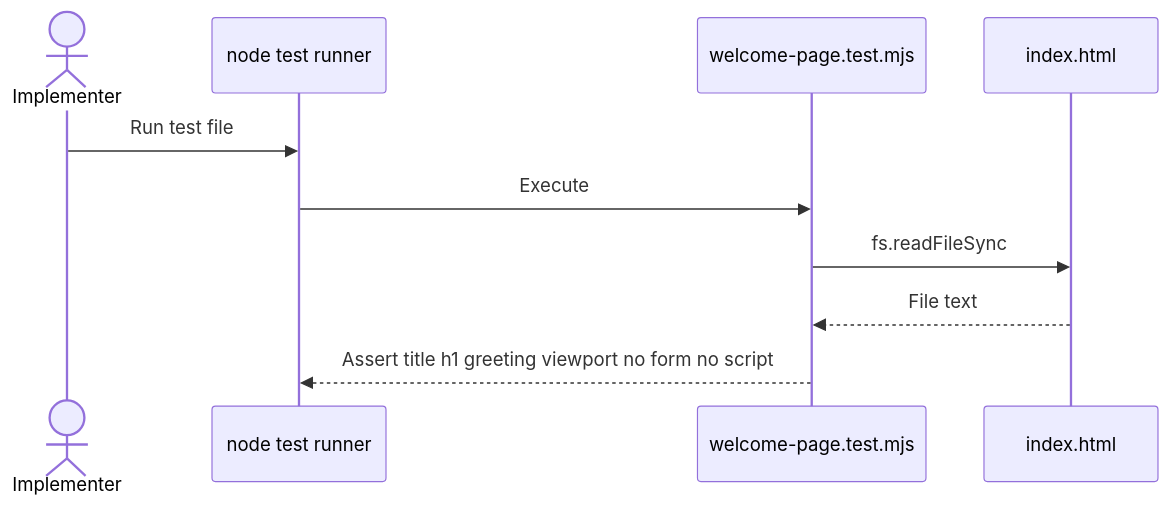
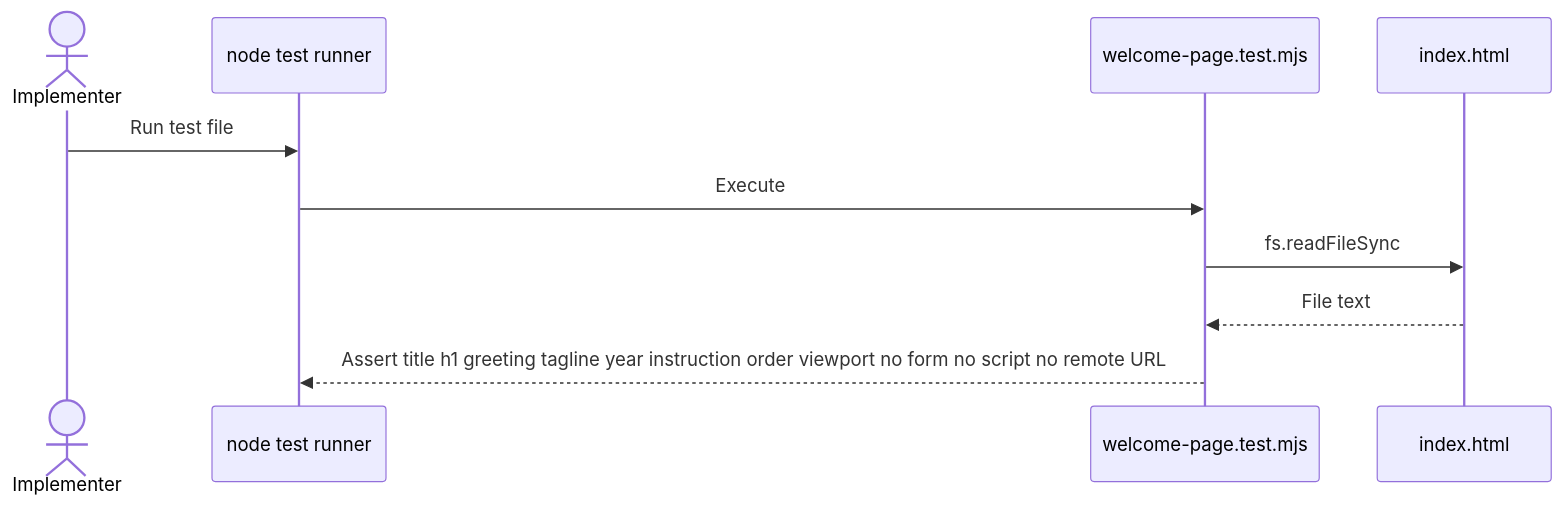
One commit to KBSHari/Cursor-agents changed the fourth of 4 diagrams in plans/hari-agents/architecture.md. Above: the diagram before and after it, drawn with Mermaid. The commit also changed other lines of this file and 9 other files, not shown here.

````diff
--- a/plans/hari-agents/architecture.md
+++ b/plans/hari-agents/architecture.md
@@ -229,13 +240,13 @@
 ```mermaid
 sequenceDiagram
     actor Implementer
     participant Node as node test runner
     participant Test as welcome-page.test.mjs
     participant HTML as index.html
 
     Implementer->>Node: Run test file
     Node->>Test: Execute
     Test->>HTML: fs.readFileSync
     HTML-->>Test: File text
-    Test-->>Node: Assert title h1 greeting viewport no form no script
+    Test-->>Node: Assert title h1 greeting tagline year instruction order viewport no form no script no remote URL
 ```
````
